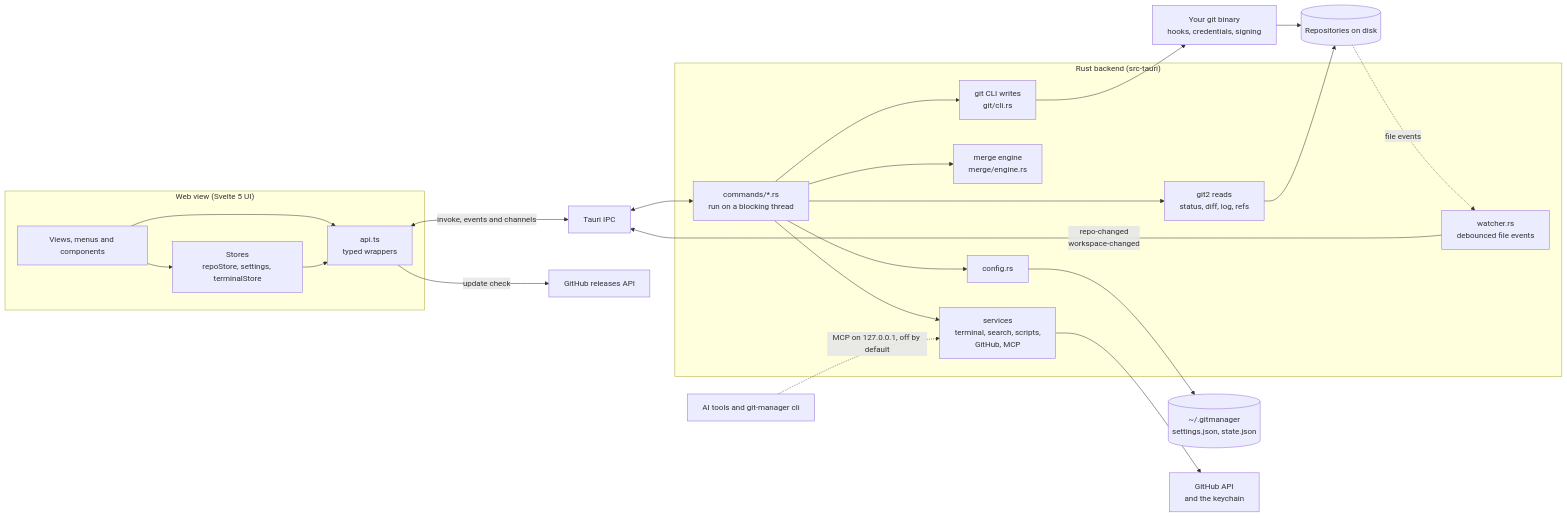
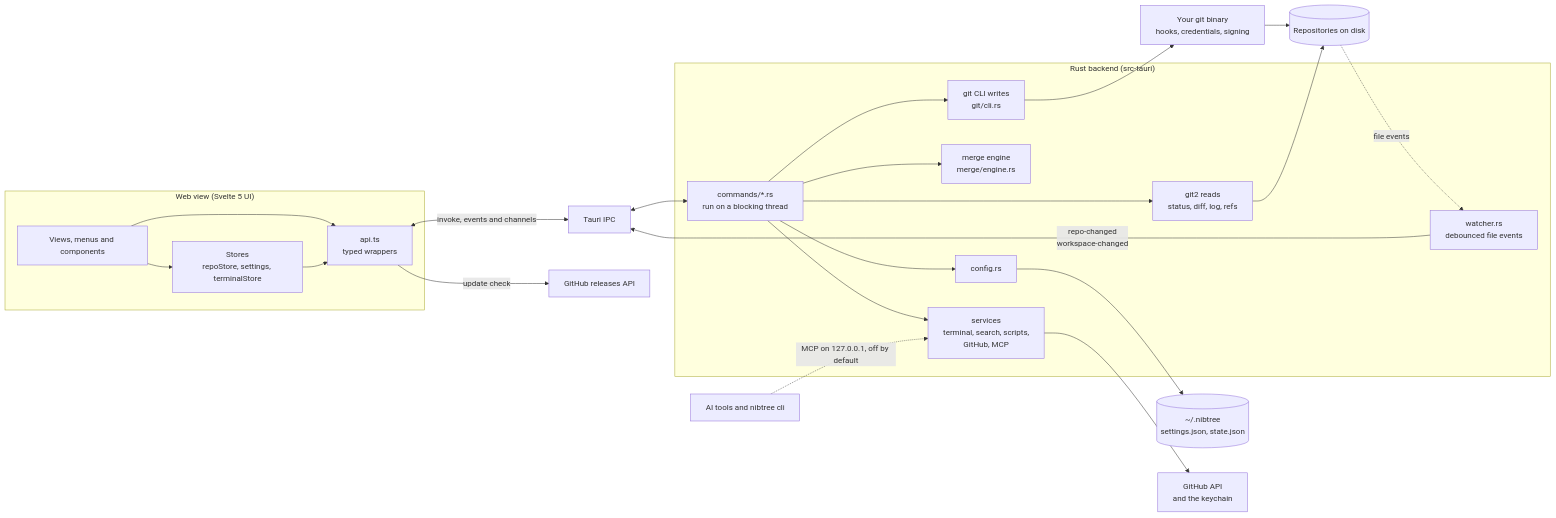
The first of 4 diagrams in docs/wiki/developer/Architecture.md (shibbirweb/git-manager), drawn with Mermaid before and after one commit. The commit also changed other lines of this file and 268 other files, not shown here.

Commit message:
feat:[GM-142] Git Manager is now Nibtree

````diff
--- a/docs/wiki/developer/Architecture.md
+++ b/docs/wiki/developer/Architecture.md
@@ -12,36 +12,36 @@
 ```mermaid
 flowchart LR
   subgraph Webview["Web view (Svelte 5 UI)"]
     Views["Views, menus and components"]
     Stores["Stores<br/>repoStore, settings, terminalStore"]
     Api["api.ts<br/>typed wrappers"]
     Views --> Stores
     Views --> Api
     Stores --> Api
   end
   Api <-->|"invoke, events and channels"| Ipc["Tauri IPC"]
   subgraph Rust["Rust backend (src-tauri)"]
     Commands["commands/*.rs<br/>run on a blocking thread"]
     Reads["git2 reads<br/>status, diff, log, refs"]
     Writes["git CLI writes<br/>git/cli.rs"]
     Engine["merge engine<br/>merge/engine.rs"]
     Watcher["watcher.rs<br/>debounced file events"]
     Services["services<br/>terminal, search, scripts,<br/>GitHub, MCP"]
     Config["config.rs"]
   end
   Ipc <--> Commands
   Commands --> Reads
   Commands --> Writes
   Commands --> Engine
   Commands --> Services
   Commands --> Config
   Watcher -->|"repo-changed<br/>workspace-changed"| Ipc
   Reads --> Repo[("Repositories on disk")]
   Writes --> Git["Your git binary<br/>hooks, credentials, signing"]
   Git --> Repo
   Repo -. "file events" .-> Watcher
-  Config --> Home[("~/.gitmanager<br/>settings.json, state.json")]
+  Config --> Home[("~/.nibtree<br/>settings.json, state.json")]
   Services --> GitHub["GitHub API<br/>and the keychain"]
-  Clients["AI tools and git-manager cli"] -. "MCP on 127.0.0.1, off by default" .-> Services
+  Clients["AI tools and nibtree cli"] -. "MCP on 127.0.0.1, off by default" .-> Services
   Api -->|"update check"| Releases["GitHub releases API"]
 ```
````
